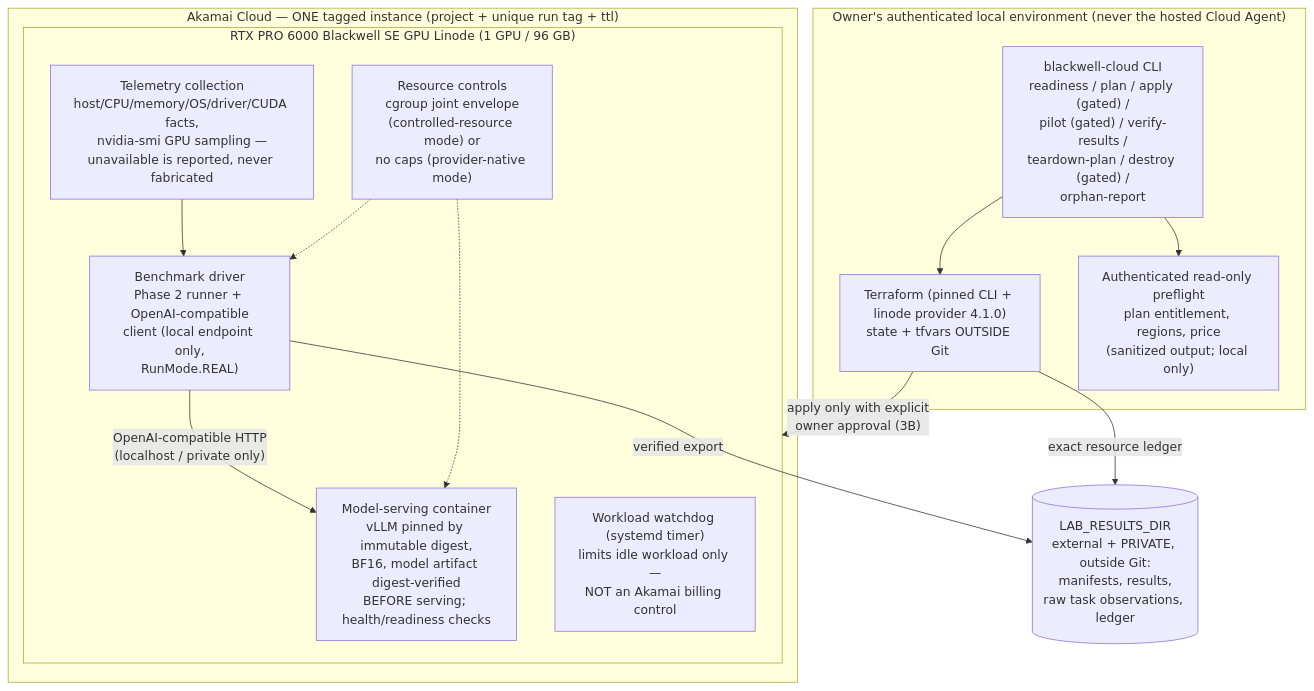
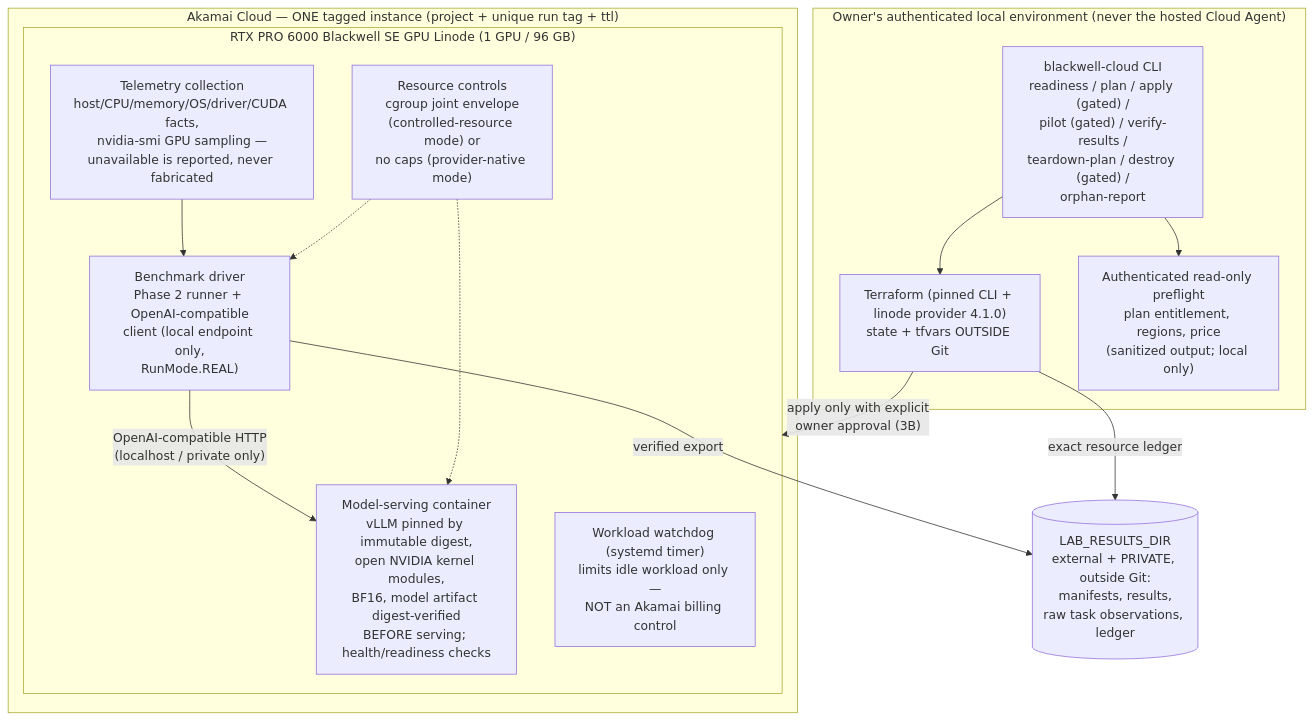
Before and after one commit to jgdynamite/blackwell-agentic-inference-lab: the third of 4 diagrams in docs/architecture.md, drawn with Mermaid. The commit also changed other lines of this file and 19 other files, not shown here.

````diff
--- a/docs/architecture.md
+++ b/docs/architecture.md
@@ -235,28 +235,28 @@
 ```mermaid
 flowchart TB
     subgraph operator["Owner's authenticated local environment (never the hosted Cloud Agent)"]
         cli["blackwell-cloud CLI<br/>readiness / plan / apply (gated) /<br/>pilot (gated) / verify-results /<br/>teardown-plan / destroy (gated) /<br/>orphan-report"]
         tf["Terraform (pinned CLI + linode provider 4.1.0)<br/>state + tfvars OUTSIDE Git"]
         preflight["Authenticated read-only preflight<br/>plan entitlement, regions, price<br/>(sanitized output; local only)"]
     end
     subgraph akamai["Akamai Cloud — ONE tagged instance (project + unique run tag + ttl)"]
         subgraph inst["RTX PRO 6000 Blackwell SE GPU Linode (1 GPU / 96 GB)"]
-            serving["Model-serving container<br/>vLLM pinned by immutable digest,<br/>BF16, model artifact digest-verified<br/>BEFORE serving; health/readiness checks"]
+            serving["Model-serving container<br/>vLLM pinned by immutable digest,<br/>open NVIDIA kernel modules,<br/>BF16, model artifact digest-verified<br/>BEFORE serving; health/readiness checks"]
             driver["Benchmark driver<br/>Phase 2 runner + OpenAI-compatible<br/>client (local endpoint only,<br/>RunMode.REAL)"]
             telem["Telemetry collection<br/>host/CPU/memory/OS/driver/CUDA facts,<br/>nvidia-smi GPU sampling —<br/>unavailable is reported, never fabricated"]
             limits["Resource controls<br/>cgroup joint envelope<br/>(controlled-resource mode) or<br/>no caps (provider-native mode)"]
             watchdog["Workload watchdog (systemd timer)<br/>limits idle workload only —<br/>NOT an Akamai billing control"]
         end
     end
     external[("LAB_RESULTS_DIR<br/>external + PRIVATE, outside Git:<br/>manifests, results,<br/>raw task observations, ledger")]
 
     cli --> tf
     tf -- "apply only with explicit<br/>owner approval (3B)" --> inst
     cli --> preflight
     driver -- "OpenAI-compatible HTTP<br/>(localhost / private only)" --> serving
     telem --> driver
     limits -.-> serving
     limits -.-> driver
     driver -- "verified export" --> external
     tf -- "exact resource ledger" --> external
 ```
````
